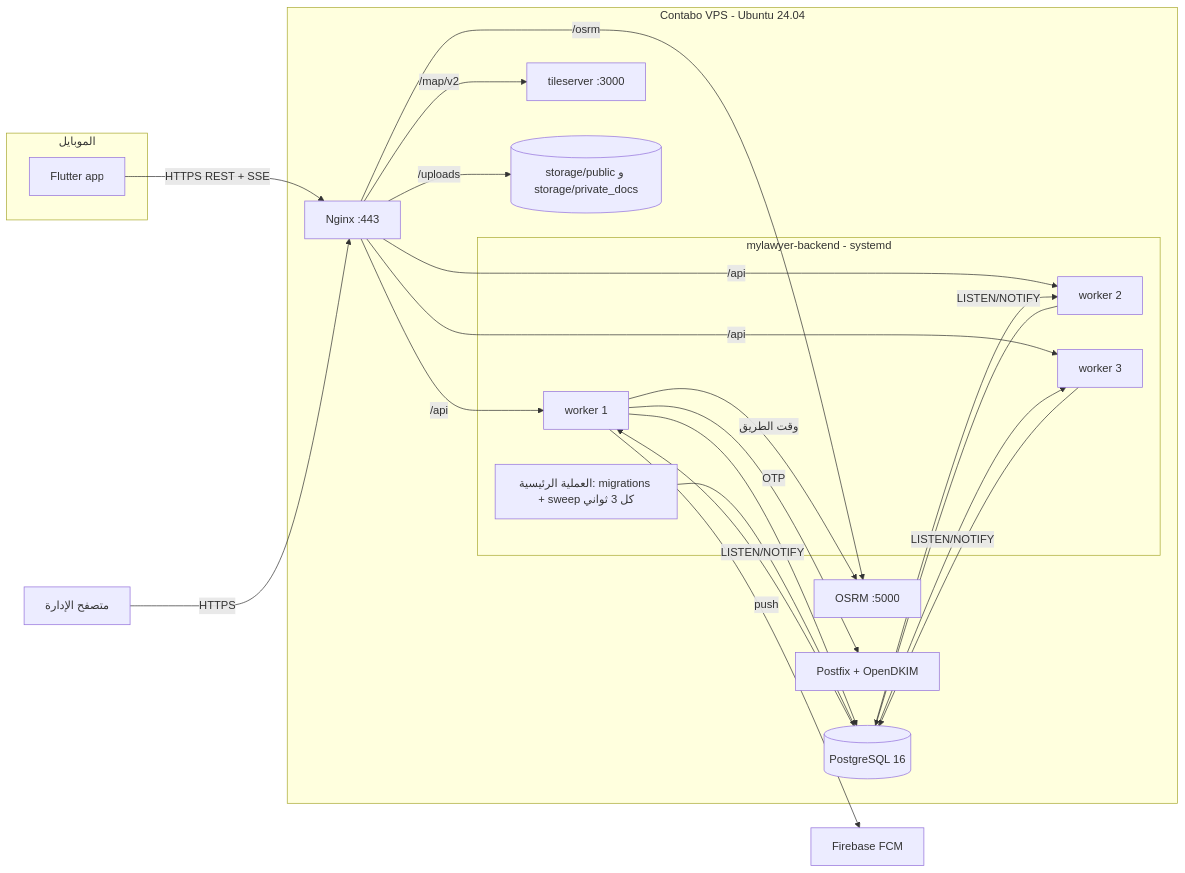
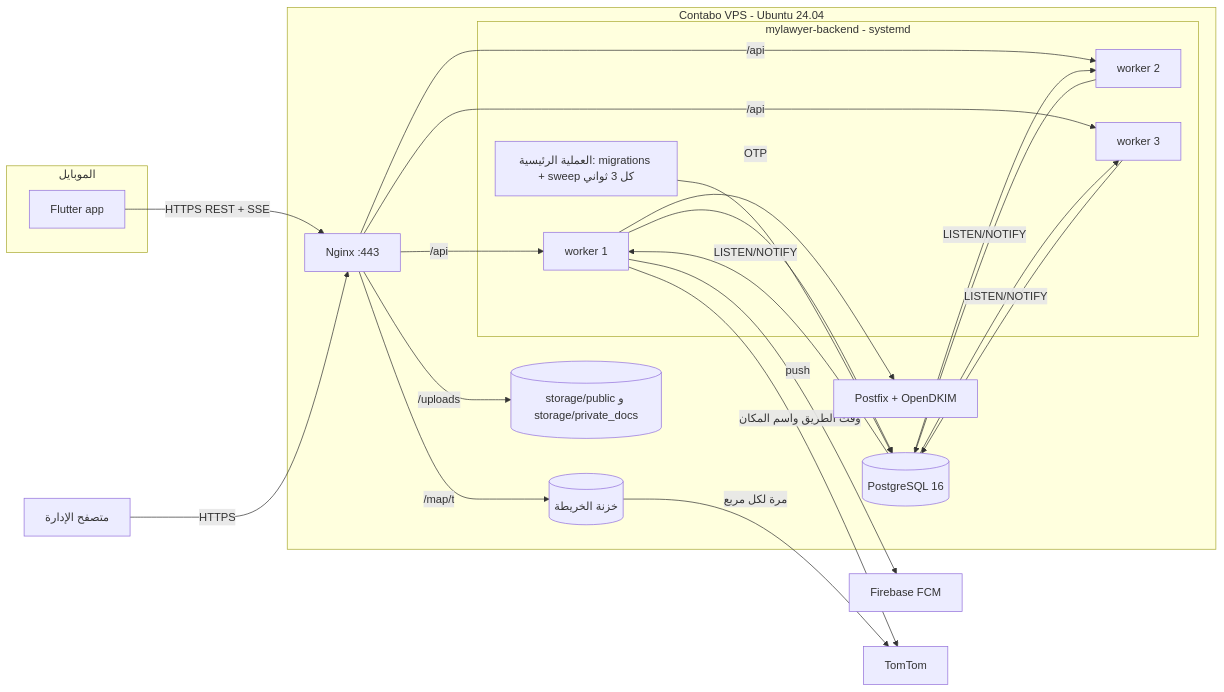
One commit to same7samy00/MyLawyer- changed the first of 3 diagrams in docs/engineering/SYSTEM_MAP.md. Above: the diagram before and after it, drawn with Mermaid. The commit also changed other lines of this file and 47 other files, not shown here.

````diff
--- a/docs/engineering/SYSTEM_MAP.md
+++ b/docs/engineering/SYSTEM_MAP.md
@@ -24,35 +24,34 @@
 ```mermaid
 flowchart LR
   subgraph Phone[الموبايل]
     App[Flutter app]
   end
   Admin[متصفح الإدارة]
   subgraph VPS[Contabo VPS - Ubuntu 24.04]
     Nginx[Nginx :443]
     subgraph Node[mylawyer-backend - systemd]
       Primary[العملية الرئيسية: migrations + sweep كل 3 ثواني]
       W1[worker 1]
       W2[worker 2]
       W3[worker 3]
     end
     PG[(PostgreSQL 16)]
-    OSRM[OSRM :5000]
-    Tiles[tileserver :3000]
+    MapCache[(خزنة الخريطة)]
     Mail[Postfix + OpenDKIM]
     Files[(storage/public و storage/private_docs)]
   end
   FCM[Firebase FCM]
 
   App -- HTTPS REST + SSE --> Nginx
   Admin -- HTTPS --> Nginx
   Nginx -- /api --> W1 & W2 & W3
-  Nginx -- /map/v2 --> Tiles
-  Nginx -- /osrm --> OSRM
+  Nginx -- /map/t --> MapCache
+  MapCache -- مرة لكل مربع --> TomTom[TomTom]
   Nginx -- /uploads --> Files
   W1 & W2 & W3 --> PG
   Primary --> PG
-  W1 -- وقت الطريق --> OSRM
+  W1 -- وقت الطريق واسم المكان --> TomTom
   W1 -- push --> FCM
   W1 -- OTP --> Mail
   PG -- LISTEN/NOTIFY --> W1 & W2 & W3
 ```
````
